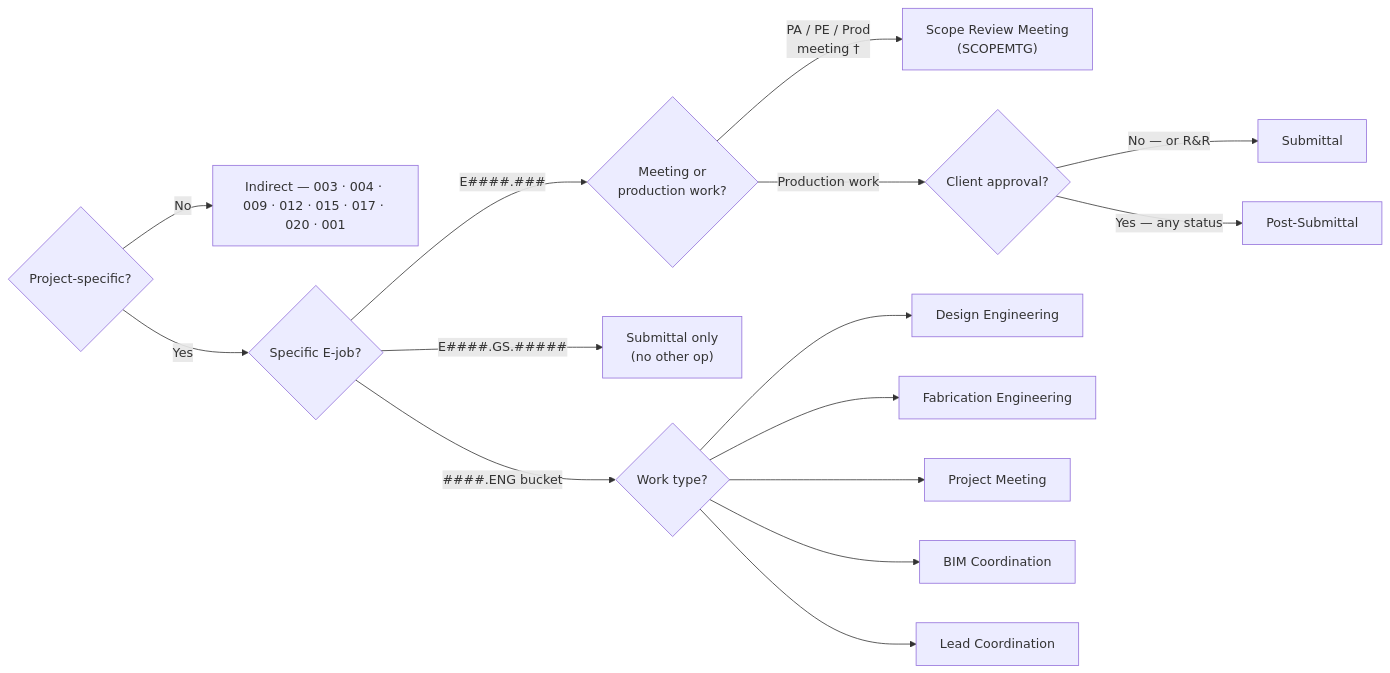
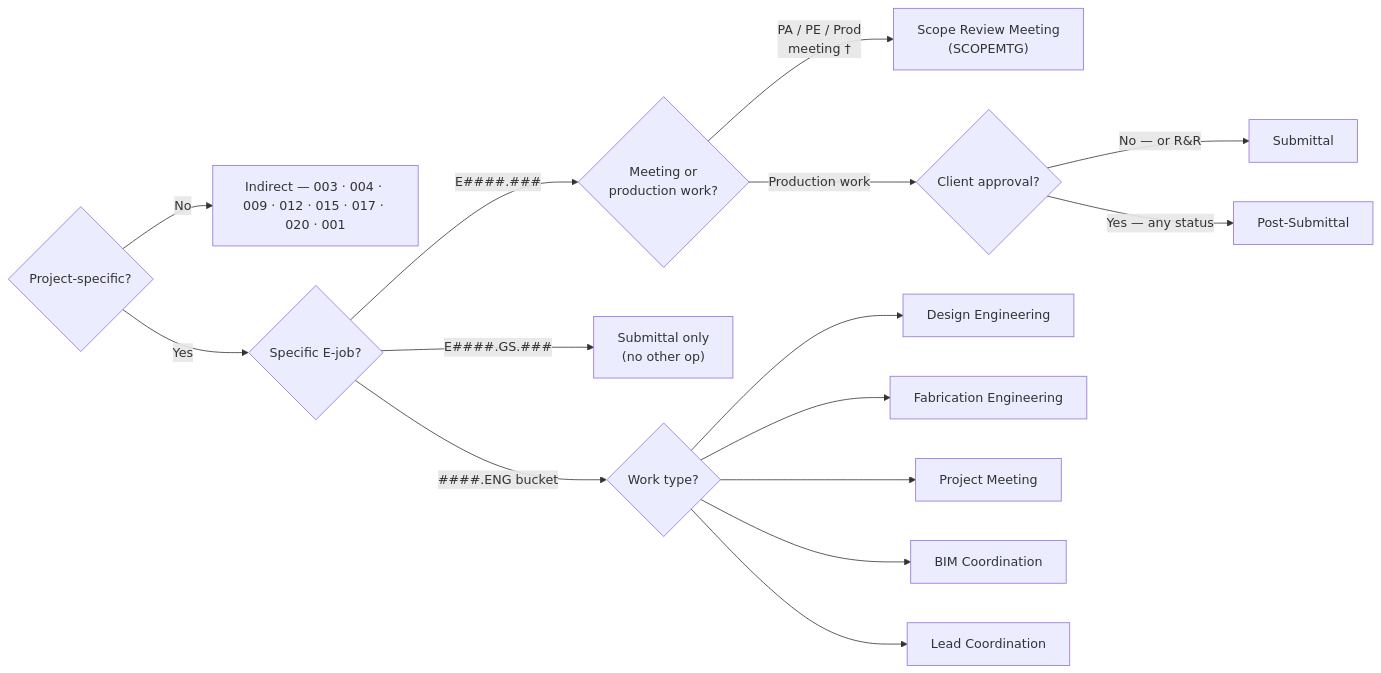
The diagram in tools/time-entry.md (cwka-engineering/cwka-engineering.github.io), drawn with Mermaid before and after one commit. The commit also changed other lines of this file and 3 other files, not shown here.

````diff
--- a/tools/time-entry.md
+++ b/tools/time-entry.md
@@ -111,18 +111,18 @@
 ```mermaid
 flowchart LR
   Q1{Project-specific?}
   Q1 -->|No| IND["Indirect — 003 · 004 · 009 · 012 · 015 · 017 · 020 · 001"]
   Q1 -->|Yes| Q2{Specific E-job?}
   Q2 -->|"E####.###"| Q5{Meeting or\nproduction work?}
   Q5 -->|"PA / PE / Prod\nmeeting †"| SCOPE["Scope Review Meeting\n(SCOPEMTG)"]
   Q5 -->|"Production work"| Q3{Client approval?}
   Q3 -->|"No — or R&amp;R"| SUB[Submittal]
   Q3 -->|"Yes — any status"| POST[Post-Submittal]
-  Q2 -->|"E####.GS.#####"| GSSUB["Submittal only\n(no other op)"]
+  Q2 -->|"E####.GS.###"| GSSUB["Submittal only\n(no other op)"]
   Q2 -->|"####.ENG bucket"| Q4{Work type?}
   Q4 --> DE[Design Engineering]
   Q4 --> FEB[Fabrication Engineering]
   Q4 --> PMT[Project Meeting]
   Q4 --> BIM[BIM Coordination]
   Q4 --> LC[Lead Coordination]
 ```
````
